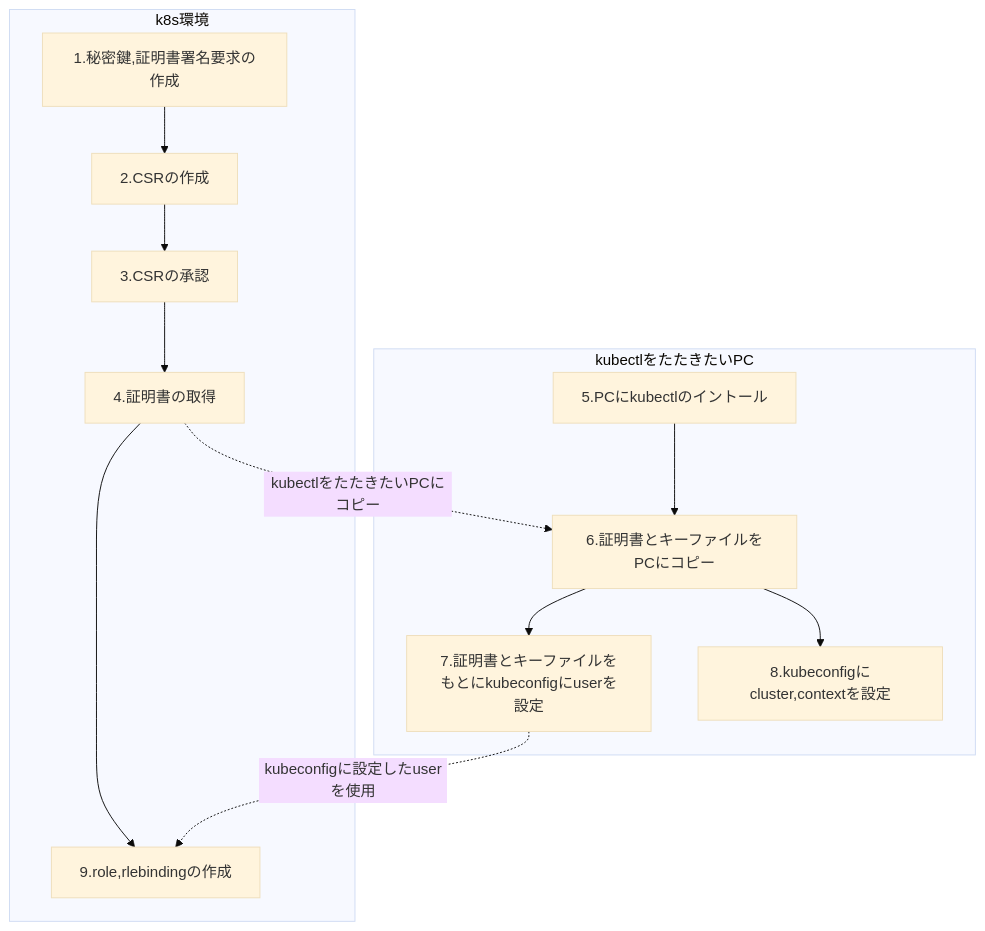
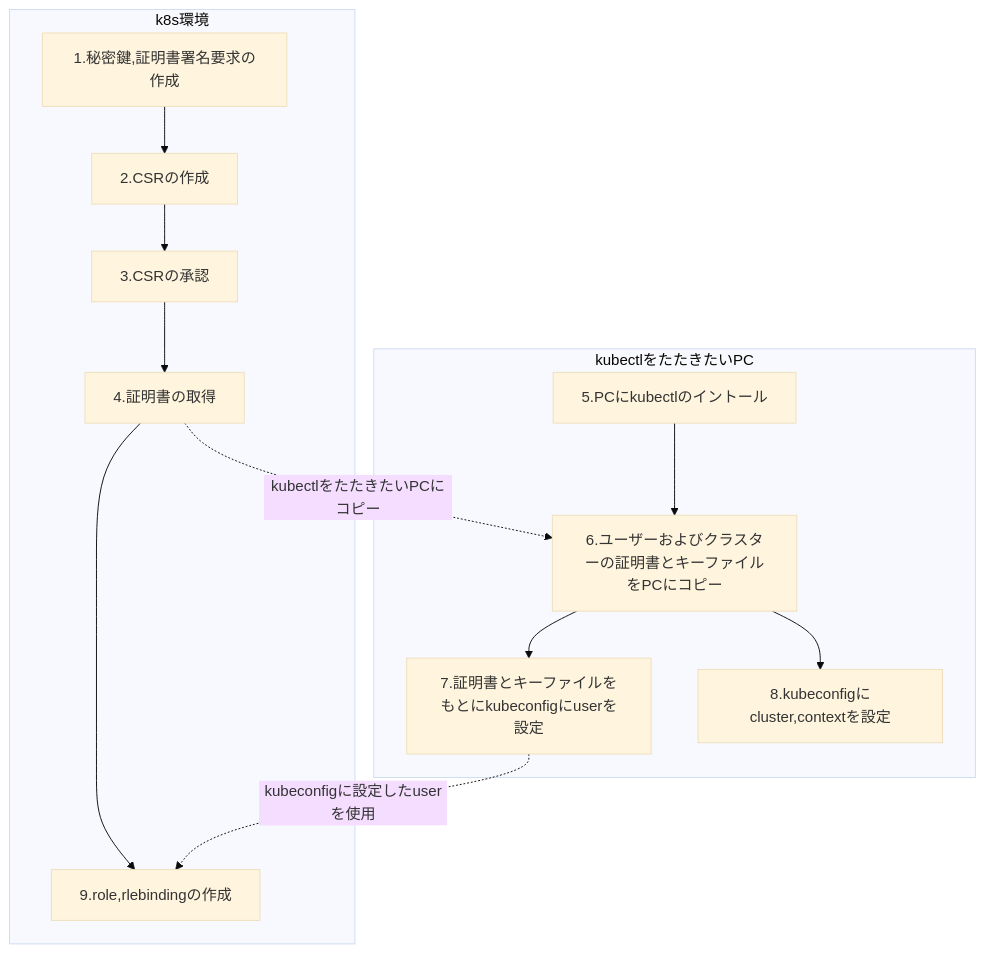
Before and after one commit to CoCo9122/zenn-contents: the fourth of 4 diagrams in articles/k8s-certificate-signing-requests-coco9122.md, drawn with Mermaid (base theme). The commit also changed other lines of this file, not shown here.

````diff
--- a/articles/k8s-certificate-signing-requests-coco9122.md
+++ b/articles/k8s-certificate-signing-requests-coco9122.md
@@ -121,16 +121,16 @@
 ```mermaid
 graph TB
     subgraph k8s環境
     1.秘密鍵,証明書署名要求の作成 --> 2.CSRの作成
     2.CSRの作成 --> 3.CSRの承認
     3.CSRの承認 --> 4.証明書の取得
     4.証明書の取得 --> 9.role,rlebindingの作成
     end
-    4.証明書の取得 -.kubectlをたたきたいPCにコピー.-> 6.証明書とキーファイルをPCにコピー
+    4.証明書の取得 -.kubectlをたたきたいPCにコピー.-> 6.ユーザーおよびクラスターの証明書とキーファイルをPCにコピー
     subgraph kubectlをたたきたいPC
-    5.PCにkubectlのイントール --> 6.証明書とキーファイルをPCにコピー
-    6.証明書とキーファイルをPCにコピー　--> 7.証明書とキーファイルをもとにkubeconfigにuserを設定
-    6.証明書とキーファイルをPCにコピー　--> 8.kubeconfigにcluster,contextを設定
+    5.PCにkubectlのイントール --> 6.ユーザーおよびクラスターの証明書とキーファイルをPCにコピー
+    6.ユーザーおよびクラスターの証明書とキーファイルをPCにコピー　--> 7.証明書とキーファイルをもとにkubeconfigにuserを設定
+    6.ユーザーおよびクラスターの証明書とキーファイルをPCにコピー　--> 8.kubeconfigにcluster,contextを設定
     end
     7.証明書とキーファイルをもとにkubeconfigにuserを設定 -.kubeconfigに設定したuserを使用.-> 9.role,rlebindingの作成
 ```
````
